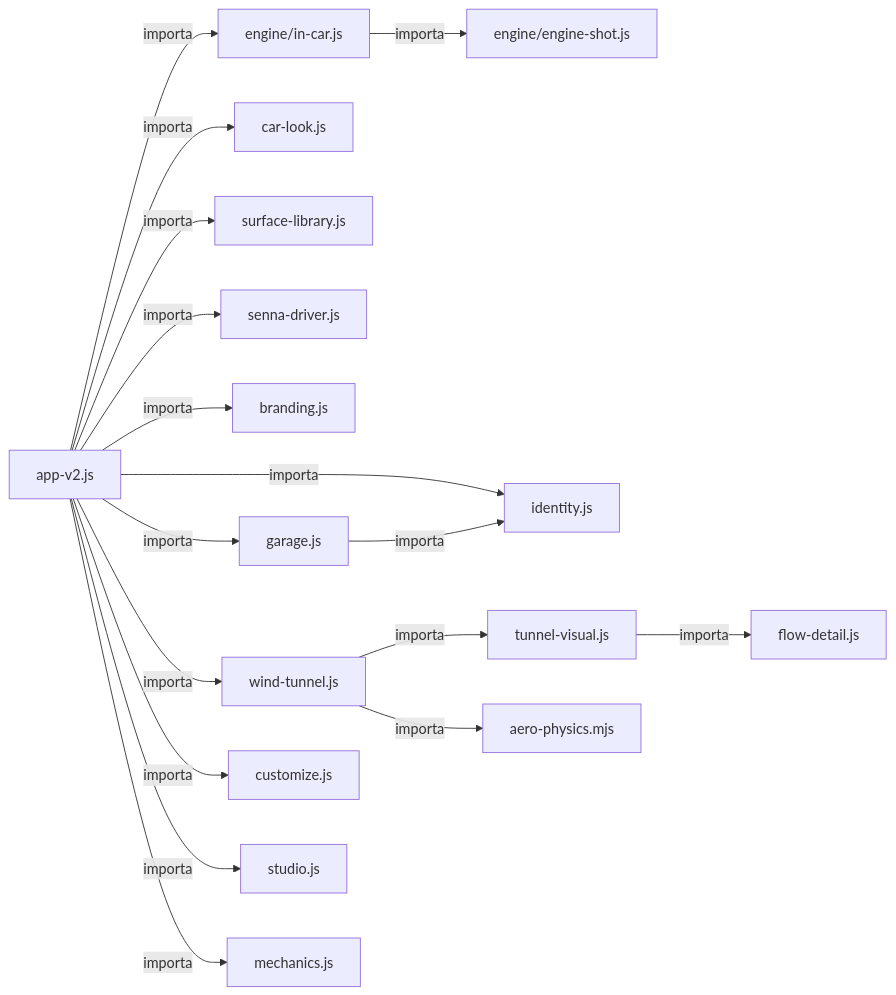
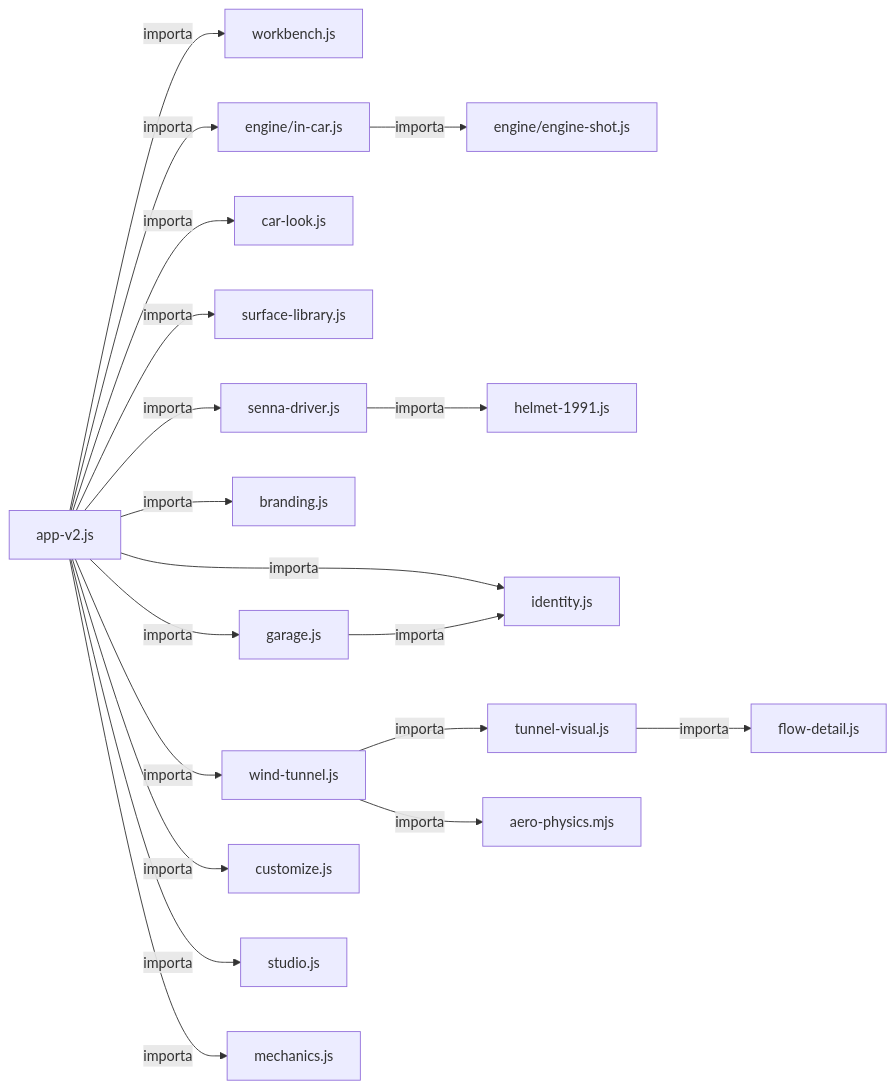
Before and after one commit to igormorais123/INTEIA-laboratorio-3d: the first of 3 diagrams in docs/mapas/GRAFOS.md, drawn with Mermaid. The commit also changed other lines of this file and 37 other files, not shown here.

````diff
--- a/docs/mapas/GRAFOS.md
+++ b/docs/mapas/GRAFOS.md
@@ -9,35 +9,39 @@
 ```mermaid
 flowchart LR
   n0["aero-physics.mjs"]
   n1["app-v2.js"]
   n2["branding.js"]
   n3["car-look.js"]
   n4["customize.js"]
   n5["engine/engine-shot.js"]
   n6["engine/in-car.js"]
   n7["flow-detail.js"]
   n8["garage.js"]
-  n9["identity.js"]
-  n10["mechanics.js"]
-  n11["senna-driver.js"]
-  n12["studio.js"]
-  n13["surface-library.js"]
-  n14["tunnel-visual.js"]
-  n15["wind-tunnel.js"]
+  n9["helmet-1991.js"]
+  n10["identity.js"]
+  n11["mechanics.js"]
+  n12["senna-driver.js"]
+  n13["studio.js"]
+  n14["surface-library.js"]
+  n15["tunnel-visual.js"]
+  n16["wind-tunnel.js"]
+  n17["workbench.js"]
+  n1 -->|"importa"| n17
   n1 -->|"importa"| n6
   n1 -->|"importa"| n3
+  n1 -->|"importa"| n14
+  n1 -->|"importa"| n12
+  n1 -->|"importa"| n2
+  n1 -->|"importa"| n10
+  n1 -->|"importa"| n8
+  n1 -->|"importa"| n16
+  n1 -->|"importa"| n4
   n1 -->|"importa"| n13
   n1 -->|"importa"| n11
-  n1 -->|"importa"| n2
-  n1 -->|"importa"| n9
-  n1 -->|"importa"| n8
-  n1 -->|"importa"| n15
-  n1 -->|"importa"| n4
-  n1 -->|"importa"| n12
-  n1 -->|"importa"| n10
   n6 -->|"importa"| n5
-  n8 -->|"importa"| n9
-  n14 -->|"importa"| n7
-  n15 -->|"importa"| n14
-  n15 -->|"importa"| n0
+  n8 -->|"importa"| n10
+  n12 -->|"importa"| n9
+  n15 -->|"importa"| n7
+  n16 -->|"importa"| n15
+  n16 -->|"importa"| n0
 ```
````
